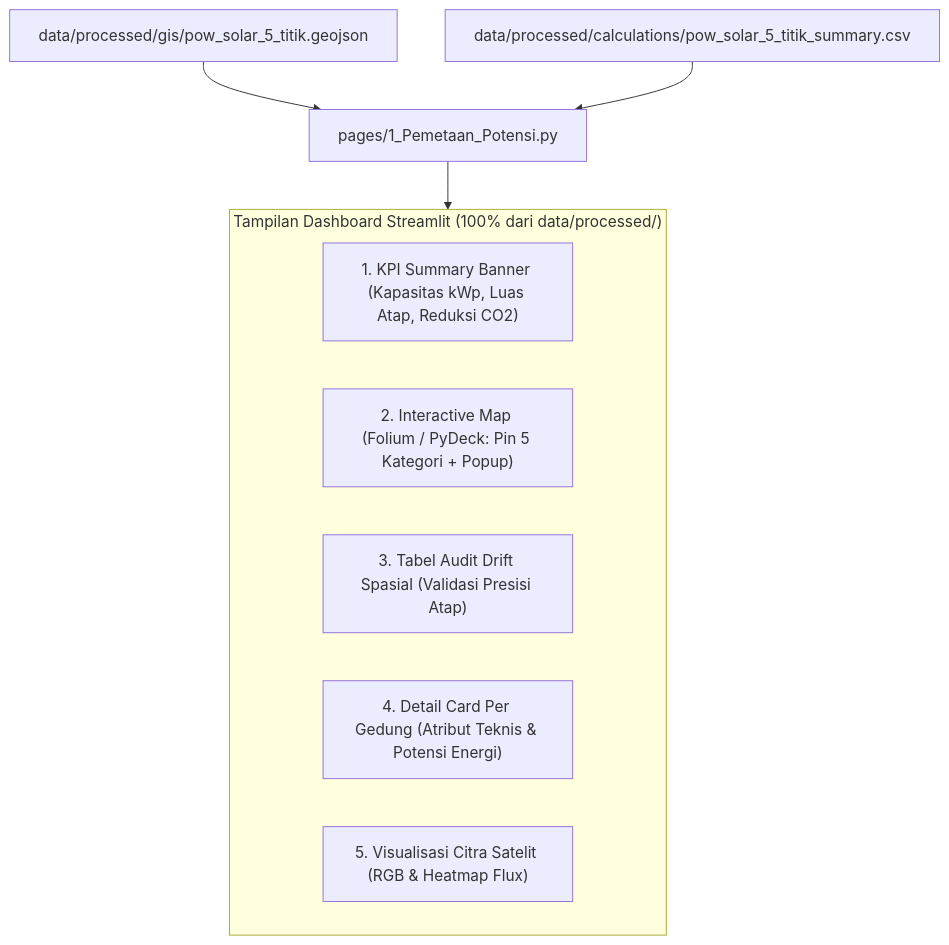
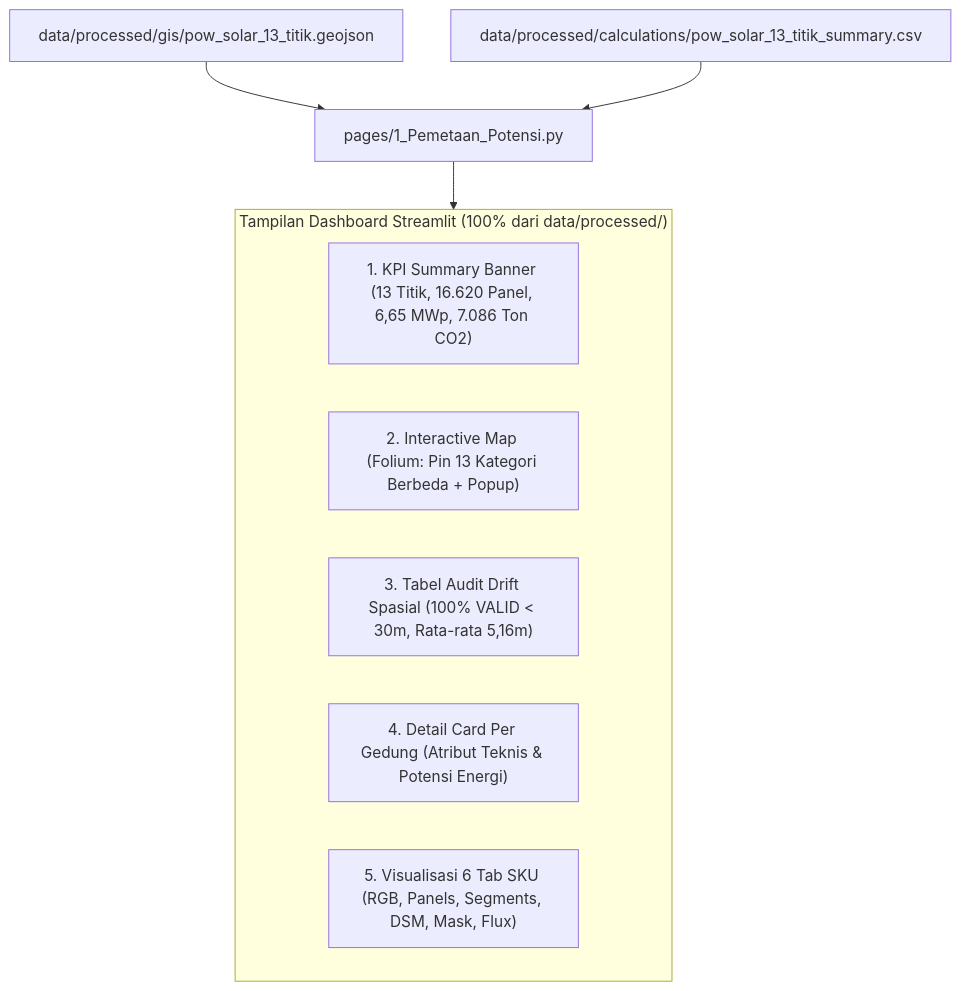
The seventh of 7 diagrams in docs/PLAN-PROOF-OF-WORK-SOLAR-API-JABODETABEK.md (HenryAi-SIBERMU/SP), drawn with Mermaid before and after one commit. The commit also changed other lines of this file and 71 other files, not shown here.

First line of the commit message:
feat(solar-pow): expand pilot to 13 points across 13 infrastructure categories

````diff
--- a/docs/PLAN-PROOF-OF-WORK-SOLAR-API-JABODETABEK.md
+++ b/docs/PLAN-PROOF-OF-WORK-SOLAR-API-JABODETABEK.md
@@ -556,15 +579,15 @@
 ```mermaid
 flowchart TD
-    ProcessedGIS["data/processed/gis/pow_solar_5_titik.geojson"] --> Dashboard["pages/1_Pemetaan_Potensi.py"]
-    ProcessedCalc["data/processed/calculations/pow_solar_5_titik_summary.csv"] --> Dashboard
+    ProcessedGIS["data/processed/gis/pow_solar_13_titik.geojson"] --> Dashboard["pages/1_Pemetaan_Potensi.py"]
+    ProcessedCalc["data/processed/calculations/pow_solar_13_titik_summary.csv"] --> Dashboard
     
     subgraph UIComponents["Tampilan Dashboard Streamlit (100% dari data/processed/)"]
-        KPI["1. KPI Summary Banner (Kapasitas kWp, Luas Atap, Reduksi CO2)"]
-        Map["2. Interactive Map (Folium / PyDeck: Pin 5 Kategori + Popup)"]
-        AuditTable["3. Tabel Audit Drift Spasial (Validasi Presisi Atap)"]
+        KPI["1. KPI Summary Banner (13 Titik, 16.620 Panel, 6,65 MWp, 7.086 Ton CO2)"]
+        Map["2. Interactive Map (Folium: Pin 13 Kategori Berbeda + Popup)"]
+        AuditTable["3. Tabel Audit Drift Spasial (100% VALID < 30m, Rata-rata 5,16m)"]
         DetailCard["4. Detail Card Per Gedung (Atribut Teknis & Potensi Energi)"]
-        RasterViewer["5. Visualisasi Citra Satelit (RGB & Heatmap Flux)"]
+        RasterViewer["5. Visualisasi 6 Tab SKU (RGB, Panels, Segments, DSM, Mask, Flux)"]
     end
     
     Dashboard --> UIComponents
 ```
````
